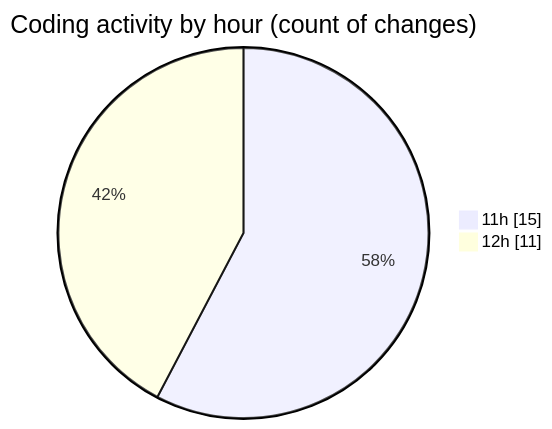
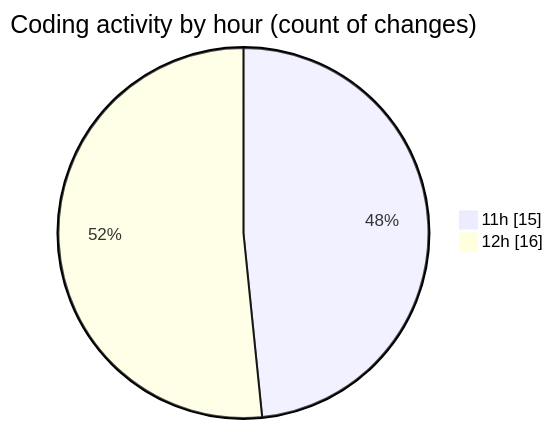
One commit to nxtqubesakshisongat/code-tracking changed the second of 2 diagrams in 2025-06-28/argos/README.md. Above: the diagram before and after it, drawn with Mermaid. The commit also changed other lines of this file and 1 other file, not shown here.

````diff
--- a/2025-06-28/argos/README.md
+++ b/2025-06-28/argos/README.md
@@ -34,6 +35,6 @@
 ```mermaid
 pie showData
 title Coding activity by hour (count of changes)
 "11h" : 15
-"12h" : 11
+"12h" : 16
 ```
````
